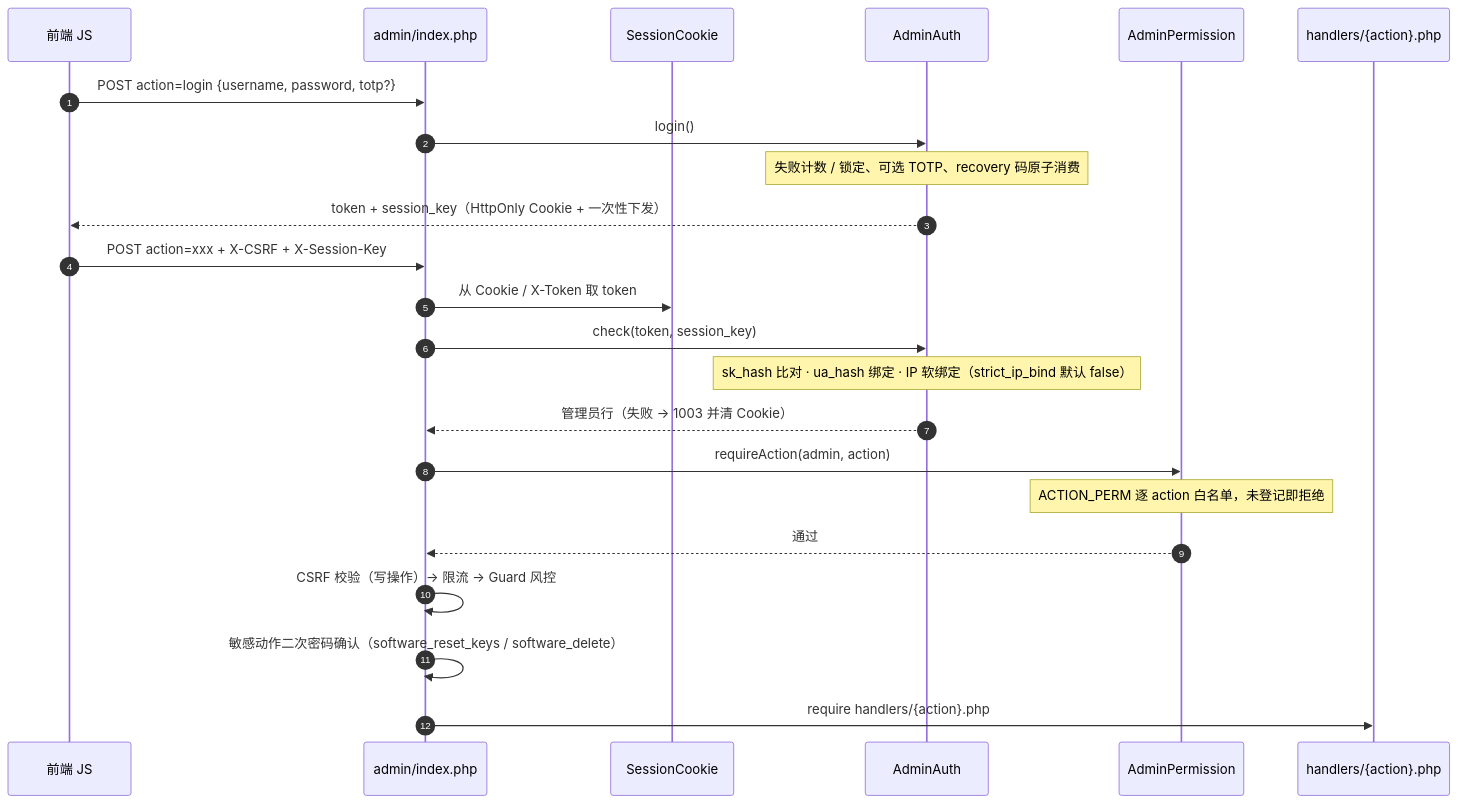
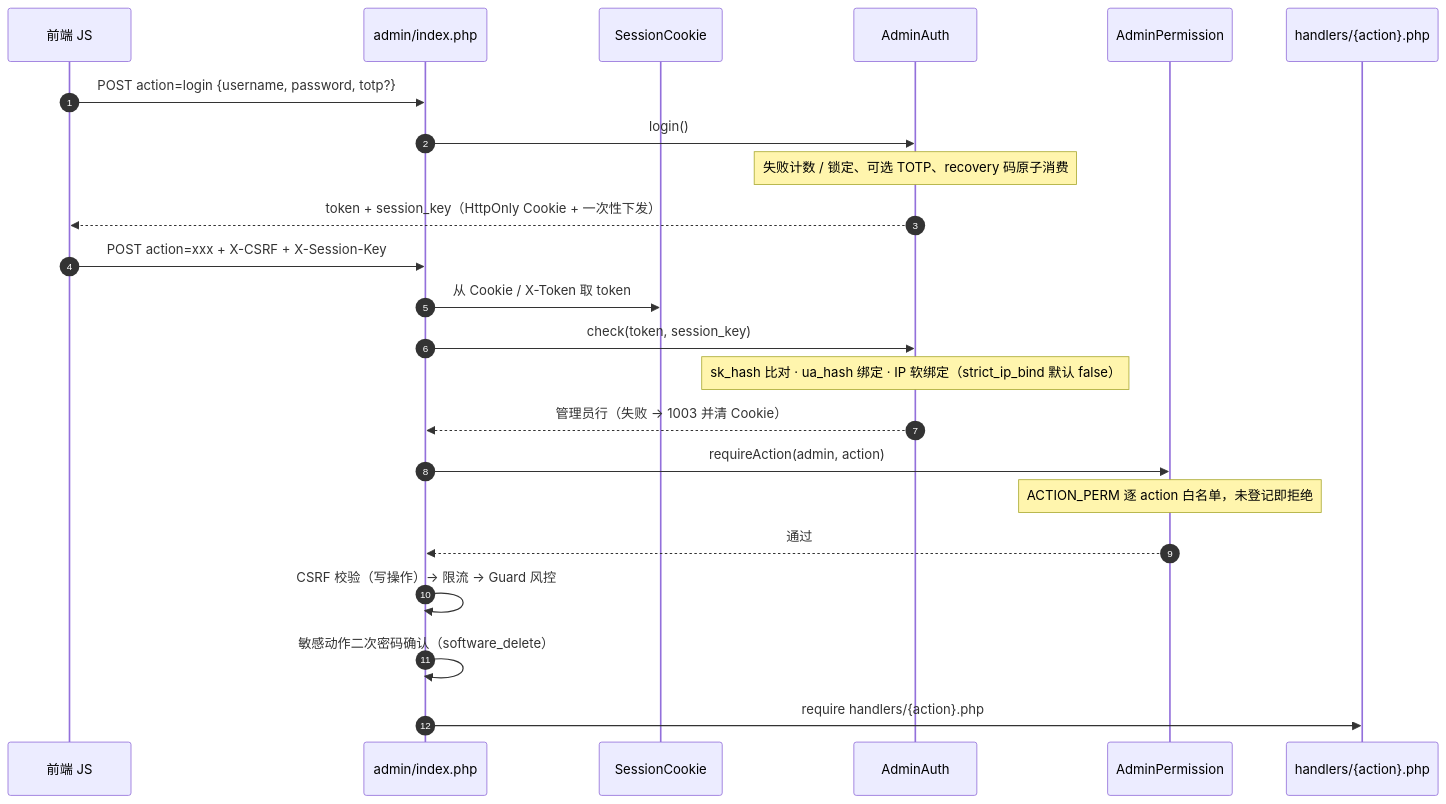
The third of 7 diagrams in docs/ARCHITECTURE.md (zxw7764-png/Nebula-), drawn with Mermaid before and after one commit. The commit also changed 13 other files, not shown here.

````diff
--- a/docs/ARCHITECTURE.md
+++ b/docs/ARCHITECTURE.md
@@ -194,26 +194,26 @@
 ```mermaid
 sequenceDiagram
     autonumber
     participant JS as 前端 JS
     participant IDX as admin/index.php
     participant SC as SessionCookie
     participant AA as AdminAuth
     participant AP as AdminPermission
     participant H as handlers/{action}.php
 
     JS->>IDX: POST action=login {username, password, totp?}
     IDX->>AA: login()
     Note over AA: 失败计数 / 锁定、可选 TOTP、recovery 码原子消费
     AA-->>JS: token + session_key（HttpOnly Cookie + 一次性下发）
     JS->>IDX: POST action=xxx + X-CSRF + X-Session-Key
     IDX->>SC: 从 Cookie / X-Token 取 token
     IDX->>AA: check(token, session_key)
     Note over AA: sk_hash 比对 · ua_hash 绑定 · IP 软绑定（strict_ip_bind 默认 false）
     AA-->>IDX: 管理员行（失败 → 1003 并清 Cookie）
     IDX->>AP: requireAction(admin, action)
     Note over AP: ACTION_PERM 逐 action 白名单，未登记即拒绝
     AP-->>IDX: 通过
     IDX->>IDX: CSRF 校验（写操作）→ 限流 → Guard 风控
-    IDX->>IDX: 敏感动作二次密码确认（software_reset_keys / software_delete）
+    IDX->>IDX: 敏感动作二次密码确认（software_delete）
     IDX->>H: require handlers/{action}.php
 ```
````
